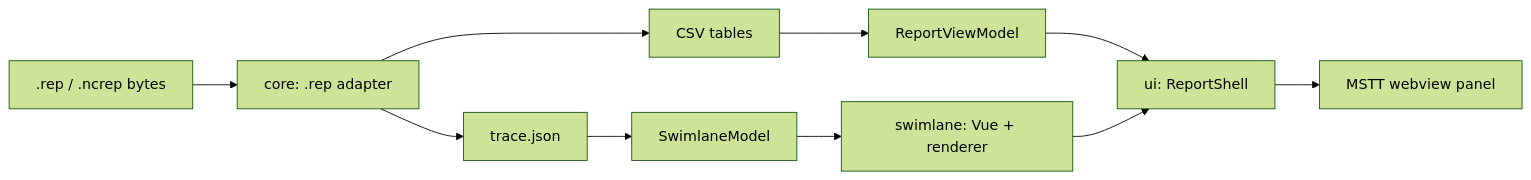
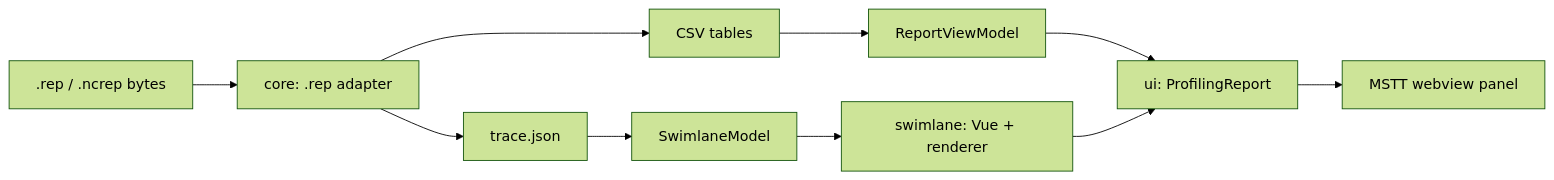
The second of 2 diagrams in docs/specs/architecture/ARCHITECTURE.md (IdeFrontend/profiling-report), drawn with Mermaid (forest theme) before and after one commit. The commit also changed other lines of this file and 13 other files, not shown here.

````diff
--- a/docs/specs/architecture/ARCHITECTURE.md
+++ b/docs/specs/architecture/ARCHITECTURE.md
@@ -75,12 +76,12 @@
 ```mermaid
 flowchart LR
   RepFile[".rep / .ncrep bytes"] --> RepAdapter["core: .rep adapter"]
   RepAdapter --> CSVs["CSV tables"]
   RepAdapter --> Trace["trace.json"]
   CSVs --> ViewModel["ReportViewModel"]
   Trace --> SwimModel["SwimlaneModel"]
-  ViewModel --> VueUI["ui: ReportShell"]
+  ViewModel --> VueUI["ui: ProfilingReport"]
   SwimModel --> Swimlane["swimlane: Vue + renderer"]
   VueUI --> Host["MSTT webview panel"]
   Swimlane --> VueUI
 ```
````
